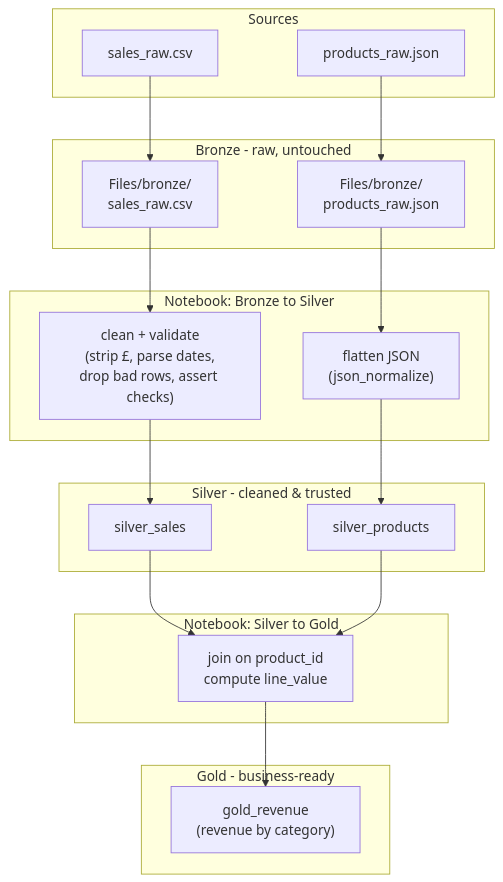
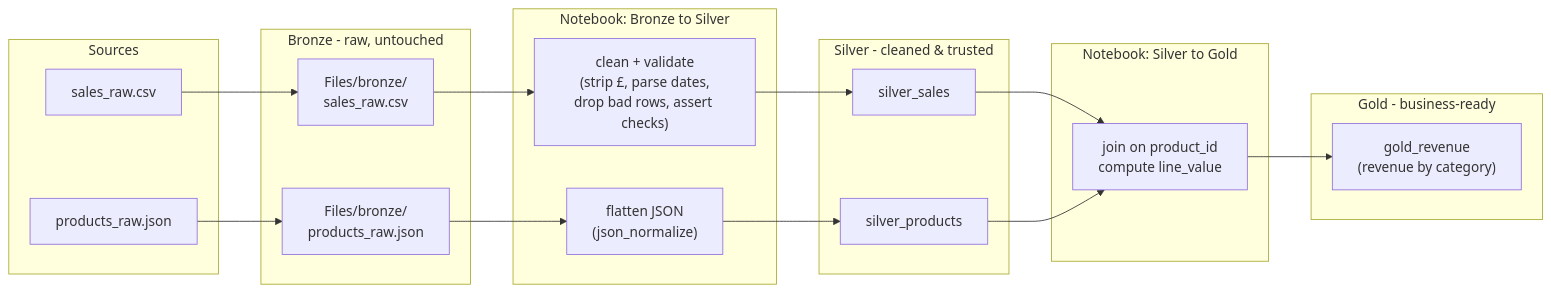
One commit to QAADE5/HomeSphere changed the diagram in solution/pipeline-solution.md. Above: the diagram before and after it, drawn with Mermaid. The commit also changed other lines of this file, not shown here.

````diff
--- a/solution/pipeline-solution.md
+++ b/solution/pipeline-solution.md
@@ -3,40 +3,40 @@
 ```mermaid
-flowchart TB
+flowchart LR
     subgraph SRC["Sources"]
         CSV["sales_raw.csv"]
         JSON["products_raw.json"]
     end
 
     subgraph BRZ["Bronze - raw, untouched"]
         BCSV["Files/bronze/\nsales_raw.csv"]
         BJSON["Files/bronze/\nproducts_raw.json"]
     end
 
     subgraph NB1["Notebook: Bronze to Silver"]
         CLEAN["clean + validate\n(strip £, parse dates,\ndrop bad rows, assert checks)"]
         FLAT["flatten JSON\n(json_normalize)"]
     end
 
     subgraph SIL["Silver - cleaned & trusted"]
         SS["silver_sales"]
         SP["silver_products"]
     end
 
     subgraph NB2["Notebook: Silver to Gold"]
         JOIN["join on product_id\ncompute line_value"]
     end
 
     subgraph GLD["Gold - business-ready"]
         GR["gold_revenue\n(revenue by category)"]
     end
 
     CSV --> BCSV
     JSON --> BJSON
     BCSV --> CLEAN
     BJSON --> FLAT
     CLEAN --> SS
     FLAT --> SP
     SS --> JOIN
     SP --> JOIN
     JOIN --> GR
 ```
````
